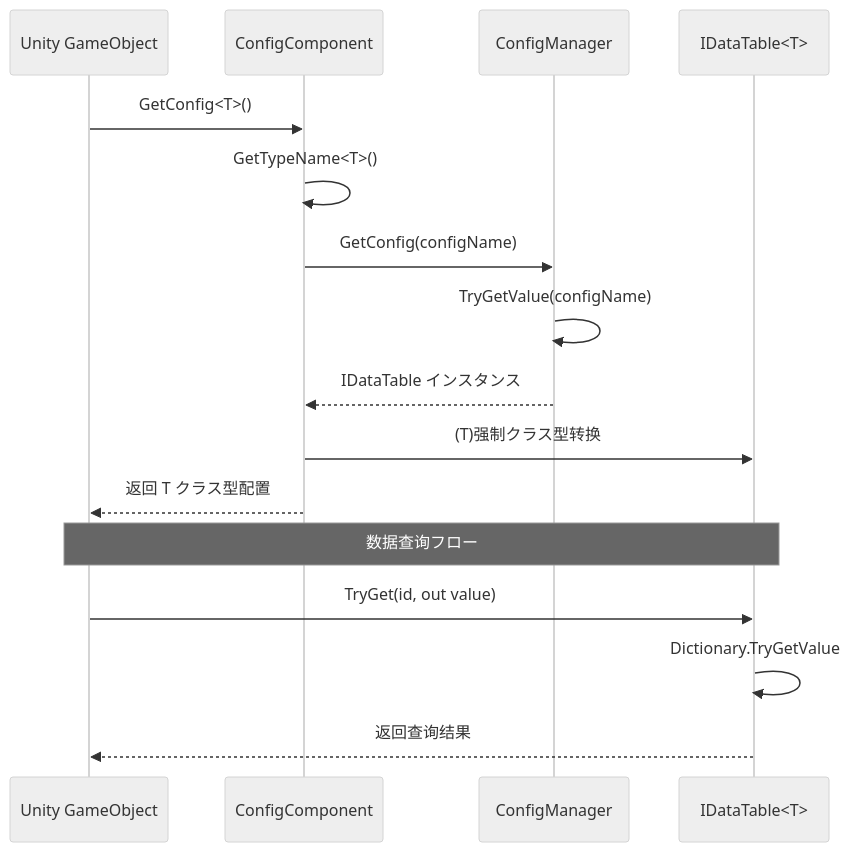
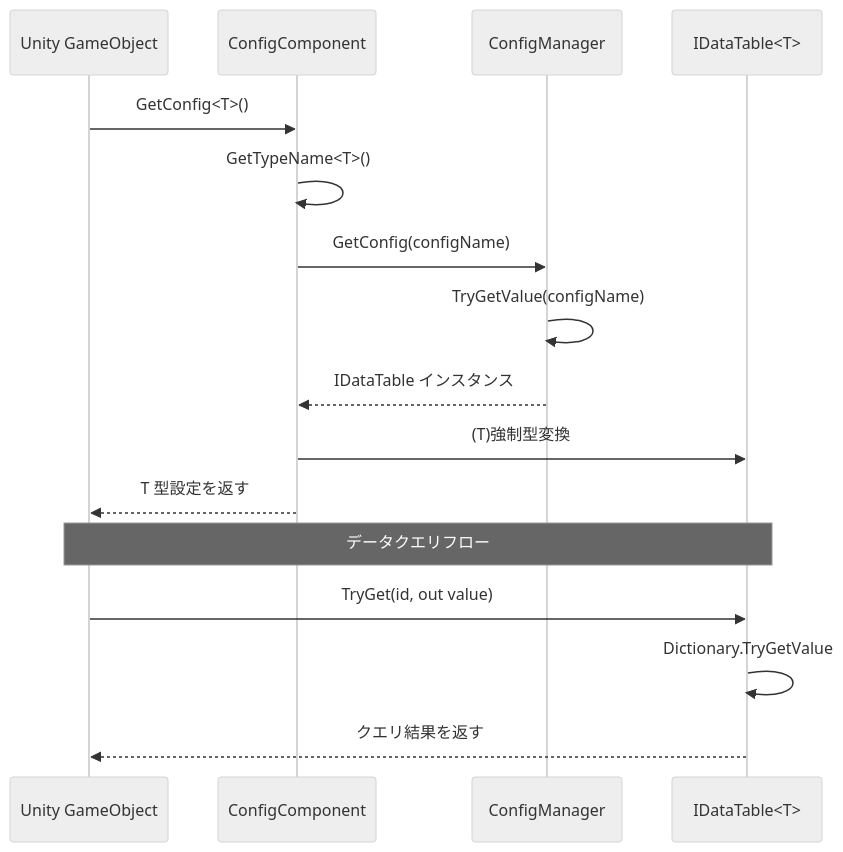
Before and after one commit to AlianBlank/GameFrameX.Docs: the second of 2 diagrams in docs/ja/client/unity/component/config/04.features.md, drawn with Mermaid (neutral theme). The commit also changed other lines of this file and 320 other files, not shown here.

````diff
--- a/docs/ja/client/unity/component/config/04.features.md
+++ b/docs/ja/client/unity/component/config/04.features.md
@@ -312,21 +312,21 @@
 ```mermaid
 sequenceDiagram
     participant GameObject as Unity GameObject
     participant CC as ConfigComponent
     participant CM as ConfigManager
     participant DT as IDataTable<T>
 
     GameObject->>CC: GetConfig<T>()
     CC->>CC: GetTypeName<T>()
     CC->>CM: GetConfig(configName)
     CM->>CM: TryGetValue(configName)
     CM-->>CC: IDataTable インスタンス
-    CC->>DT: (T)强制クラス型转换
-    CC-->>GameObject: 返回 T クラス型配置
+    CC->>DT: (T)強制型変換
+    CC-->>GameObject: T 型設定を返す
 
-    Note over GameObject,DT: 数据查询フロー
+    Note over GameObject,DT: データクエリフロー
 
     GameObject->>DT: TryGet(id, out value)
     DT->>DT: Dictionary.TryGetValue
-    DT-->>GameObject: 返回查询结果
+    DT-->>GameObject: クエリ結果を返す
 ```
````
